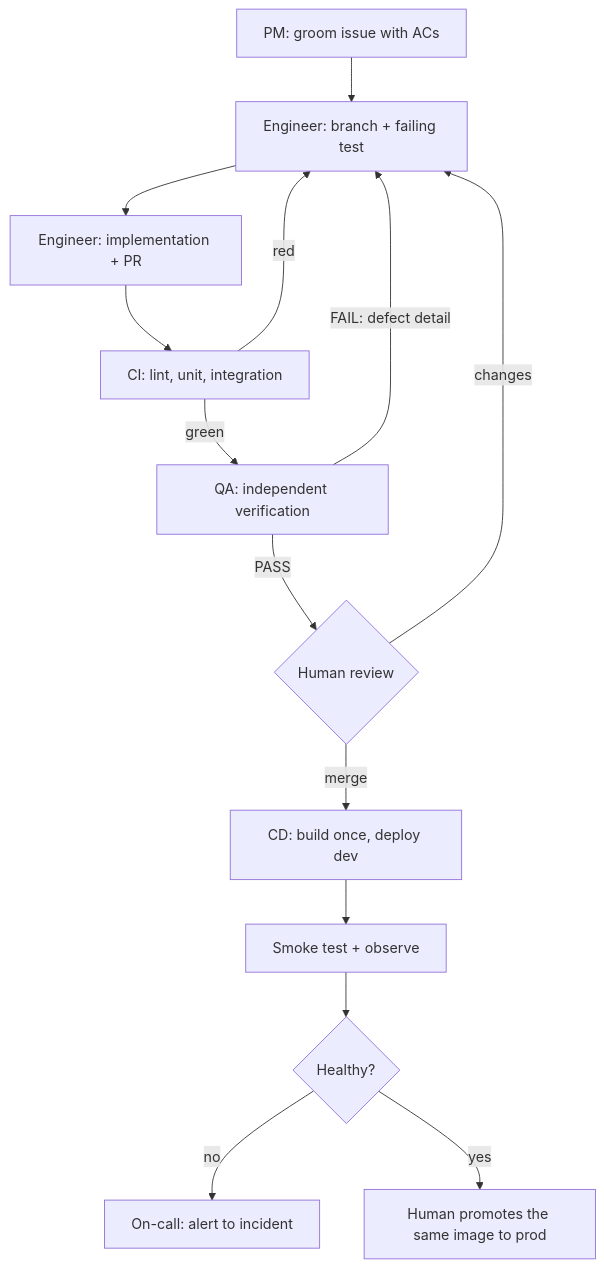
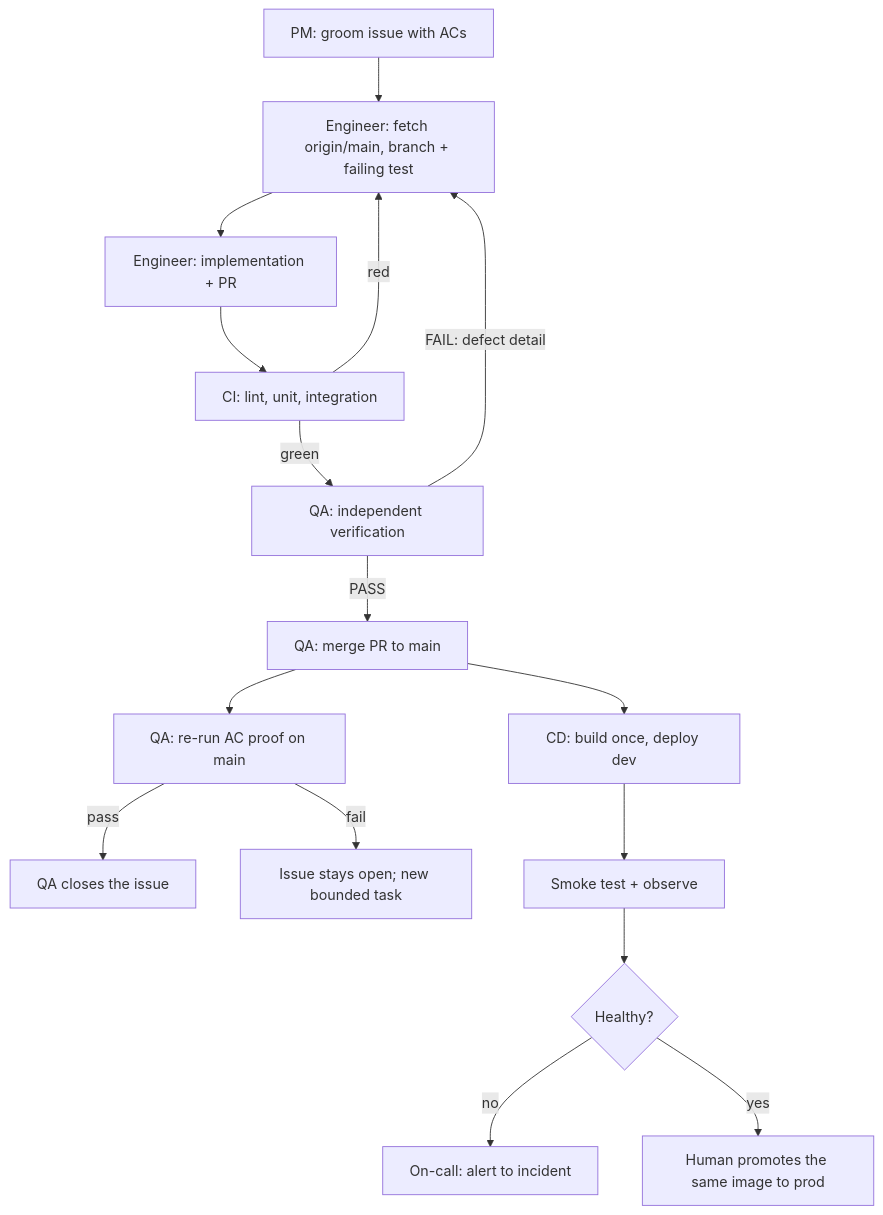
The diagram in _docs/process.md (cancinoray/stockroom), drawn with Mermaid before and after one commit. The commit also changed other lines of this file and 7 other files, not shown here.

Commit message:
docs: QA merges after PASS; engineers start from origin/main

````diff
--- a/_docs/process.md
+++ b/_docs/process.md
@@ -65,16 +66,18 @@
 ```mermaid
 flowchart TD
-    A[PM: groom issue with ACs] --> B[Engineer: branch + failing test]
+    A[PM: groom issue with ACs] --> B[Engineer: fetch origin/main, branch + failing test]
     B --> C[Engineer: implementation + PR]
     C --> D[CI: lint, unit, integration]
     D -->|red| B
     D -->|green| E[QA: independent verification]
     E -->|FAIL: defect detail| B
-    E -->|PASS| F{Human review}
-    F -->|changes| B
-    F -->|merge| G[CD: build once, deploy dev]
+    E -->|PASS| M[QA: merge PR to main]
+    M --> G[CD: build once, deploy dev]
+    M --> P[QA: re-run AC proof on main]
+    P -->|pass| Q[QA closes the issue]
+    P -->|fail| R[Issue stays open; new bounded task]
     G --> H[Smoke test + observe]
     H --> I{Healthy?}
     I -->|no| J[On-call: alert to incident]
     I -->|yes| K[Human promotes the same image to prod]
 ```
````
